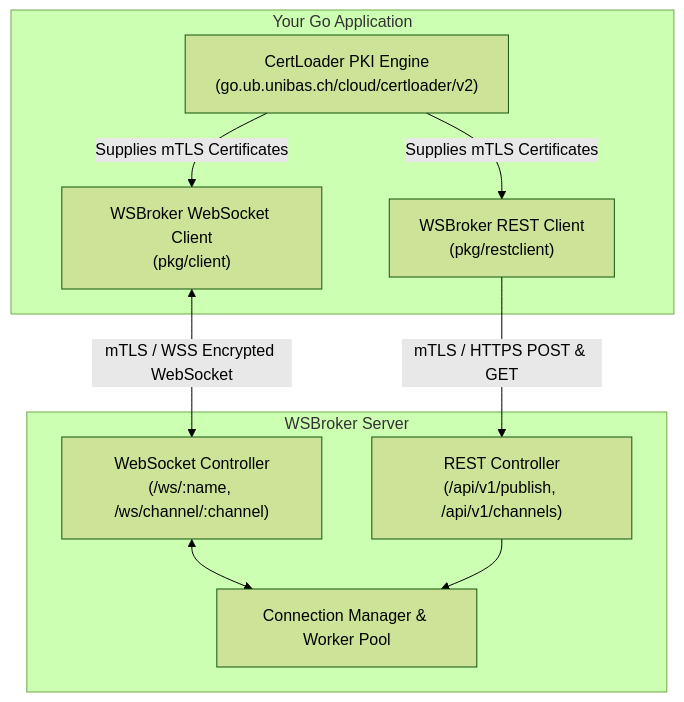
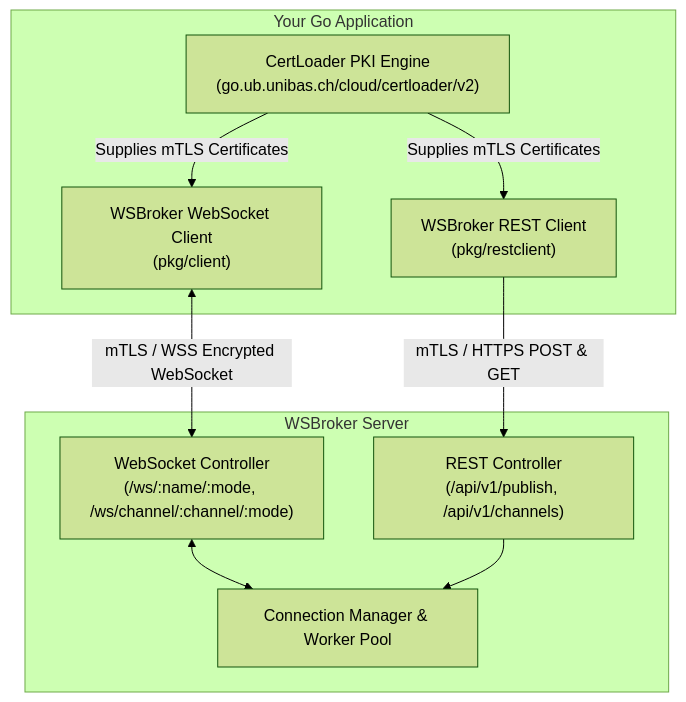
One commit to je4/wsbrokerclient changed the first of 4 diagrams in README.md. Above: the diagram before and after it, drawn with Mermaid (forest theme). The commit also changed other lines of this file and 7 other files, not shown here.

````diff
--- a/README.md
+++ b/README.md
@@ -52,21 +52,21 @@
 ```mermaid
 graph TB
     subgraph App["Your Go Application"]
         WSClient["WSBroker WebSocket Client\n(pkg/client)"]
         RESTClient["WSBroker REST Client\n(pkg/restclient)"]
         CertLoader["CertLoader PKI Engine\n(go.ub.unibas.ch/cloud/certloader/v2)"]
     end
 
     subgraph Server["WSBroker Server"]
-        WSEndpoint["WebSocket Controller\n(/ws/:name, /ws/channel/:channel)"]
+        WSEndpoint["WebSocket Controller\n(/ws/:name/:mode, /ws/channel/:channel/:mode)"]
         RESTEndpoint["REST Controller\n(/api/v1/publish, /api/v1/channels)"]
         BrokerEngine["Connection Manager & Worker Pool"]
     end
 
     CertLoader -->|Supplies mTLS Certificates| WSClient
     CertLoader -->|Supplies mTLS Certificates| RESTClient
     WSClient <-->|mTLS / WSS Encrypted WebSocket| WSEndpoint
     RESTClient -->|mTLS / HTTPS POST & GET| RESTEndpoint
     WSEndpoint <--> BrokerEngine
     RESTEndpoint --> BrokerEngine
 ```
````
